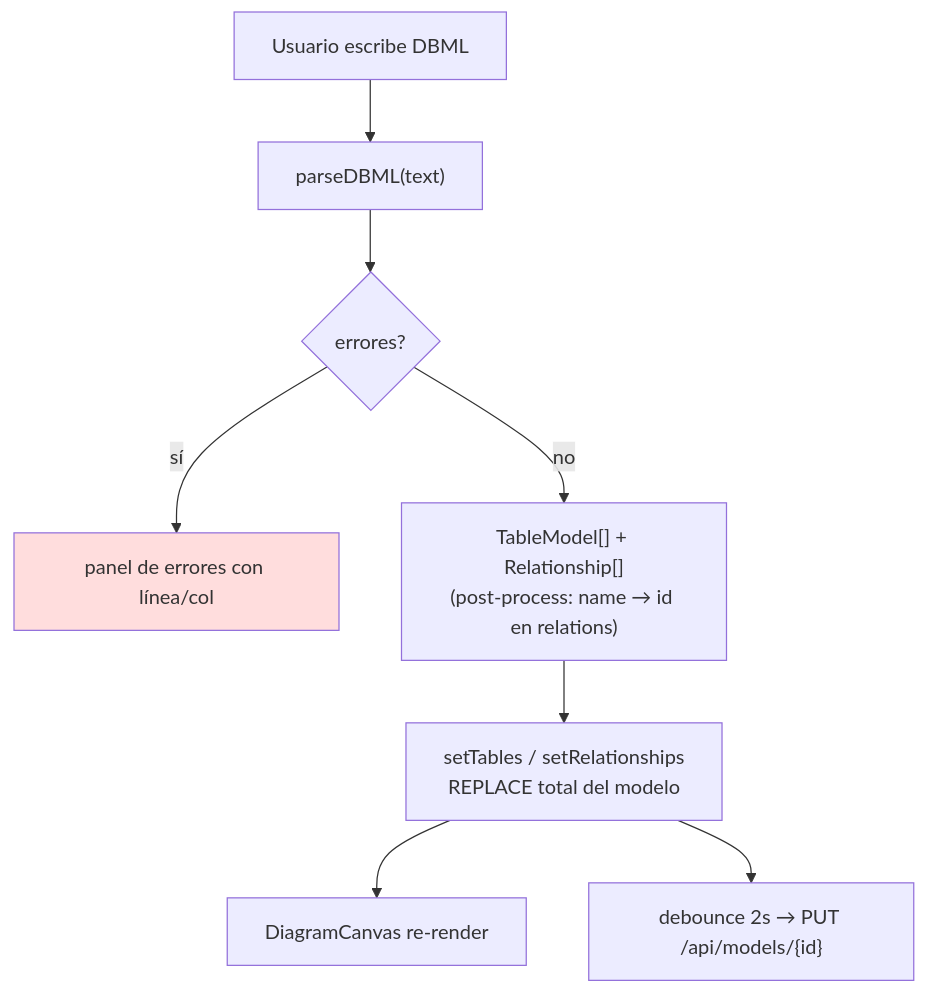
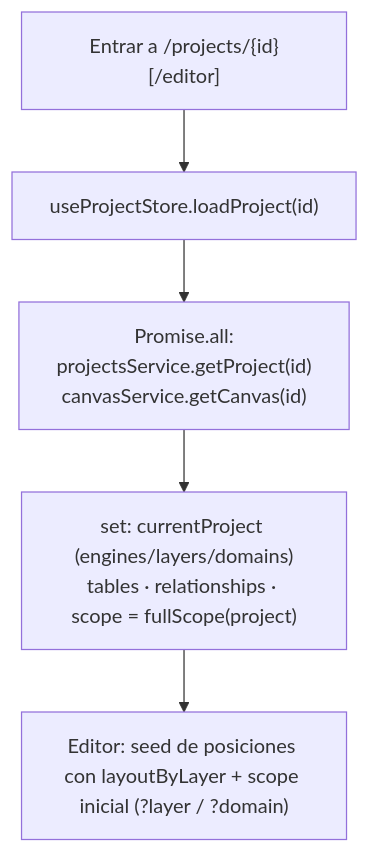
The second of 7 diagrams in doc/data-flow.md (Carlosmps97/web-data-model-hub), drawn with Mermaid before and after one commit. The commit also changed other lines of this file and 118 other files, not shown here.

````diff
--- a/doc/data-flow.md
+++ b/doc/data-flow.md
@@ -95,12 +33,7 @@
 ```mermaid
 flowchart TD
-    A["Usuario escribe DBML"] --> B["parseDBML(text)"]
-    B --> C{"errores?"}
-    C -->|"sí"| ERR["panel de errores con línea/col"]
-    C -->|"no"| D["TableModel[] + Relationship[]<br/>(post-process: name → id en relations)"]
-    D --> E["setTables / setRelationships<br/>REPLACE total del modelo"]
-    E --> F["DiagramCanvas re-render"]
-    E --> G["debounce 2s → PUT /api/models/{id}"]
-
-    style ERR fill:#fdd
+    A["Entrar a /projects/{id}[/editor]"] --> B["useProjectStore.loadProject(id)"]
+    B --> C["Promise.all:<br/>projectsService.getProject(id)<br/>canvasService.getCanvas(id)"]
+    C --> D["set: currentProject (engines/layers/domains)<br/>tables · relationships · scope = fullScope(project)"]
+    D --> E["Editor: seed de posiciones con layoutByLayer + scope inicial (?layer / ?domain)"]
 ```
````
